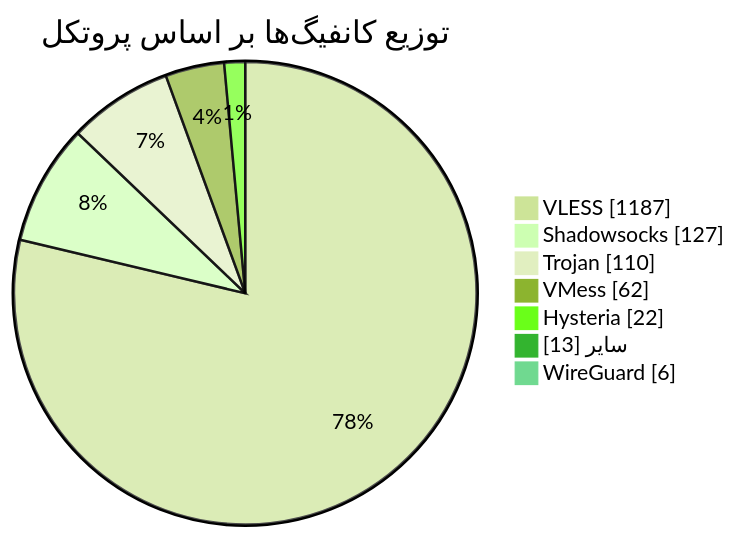
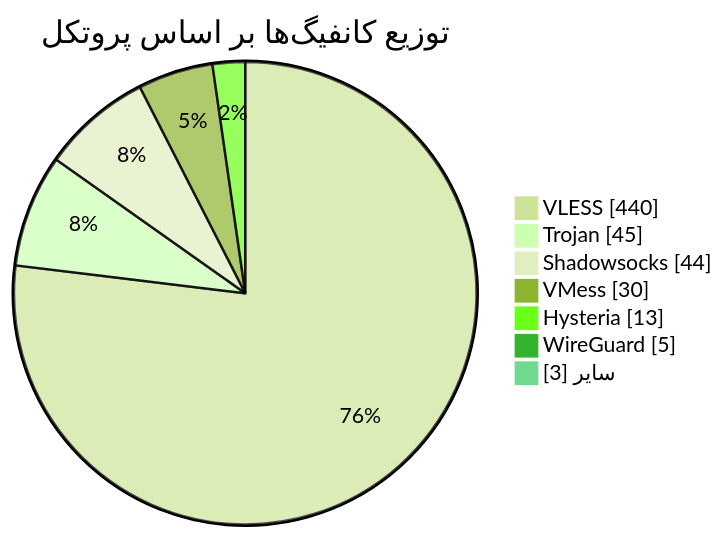
Before and after one commit to Arian-Alijani/Somthing: the diagram in README.md, drawn with Mermaid (forest theme). The commit also changed other lines of this file and 21 other files, not shown here.

````diff
--- a/README.md
+++ b/README.md
@@ -49,11 +49,11 @@
 ```mermaid
 pie showData
     title توزیع کانفیگ‌ها بر اساس پروتکل
-    "VLESS" : 1187
-    "Shadowsocks" : 127
-    "Trojan" : 110
-    "VMess" : 62
-    "Hysteria" : 22
-    "سایر" : 13
-    "WireGuard" : 6
+    "VLESS" : 440
+    "Trojan" : 45
+    "Shadowsocks" : 44
+    "VMess" : 30
+    "Hysteria" : 13
+    "WireGuard" : 5
+    "سایر" : 3
 ```
````
